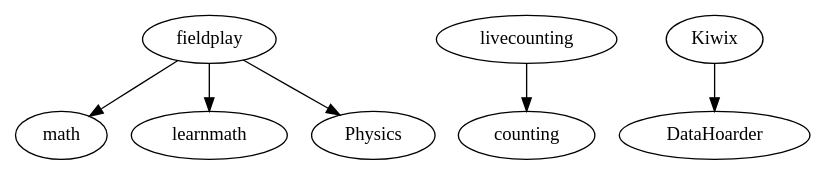
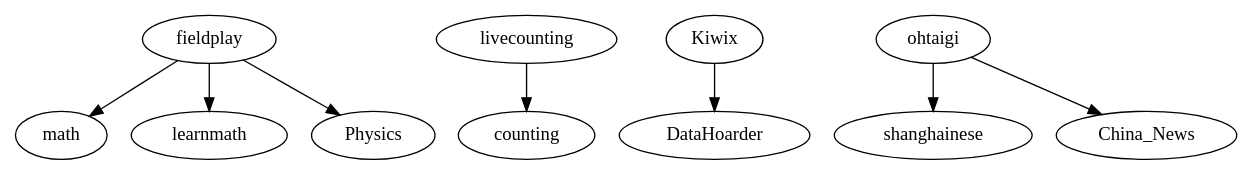
The diagram in graph/add/new-nodes.dot (anvaka/map-of-reddit-data), drawn with Graphviz before and after one commit. The commit also changed 1 other file, not shown here.

Commit message:
Added r/ohtaigi
Fixes https://github.com/anvaka/map-of-reddit-data/issues/5

```diff
--- a/graph/add/new-nodes.dot
+++ b/graph/add/new-nodes.dot
@@ -1,7 +1,9 @@
 digraph Add {
   "fieldplay" -> "math" ["weight"=1]
   "fieldplay" -> "learnmath" ["weight"=1]
   "fieldplay" -> "Physics" ["weight"=1]
   "livecounting" -> "counting" ["weight"=1]
   "Kiwix" -> "DataHoarder" ["weight"=1]
+  "ohtaigi" -> "shanghainese" ["weight"=17]
+  "ohtaigi" -> "China_News" ["weight"=6]
 }
```
